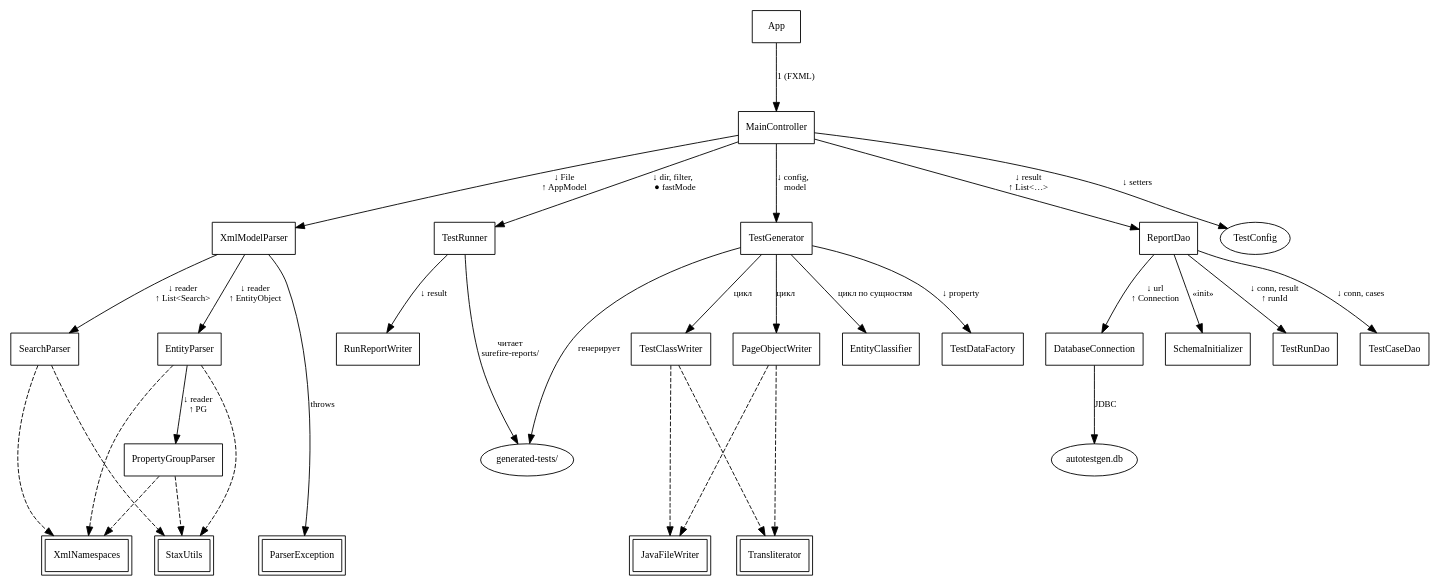
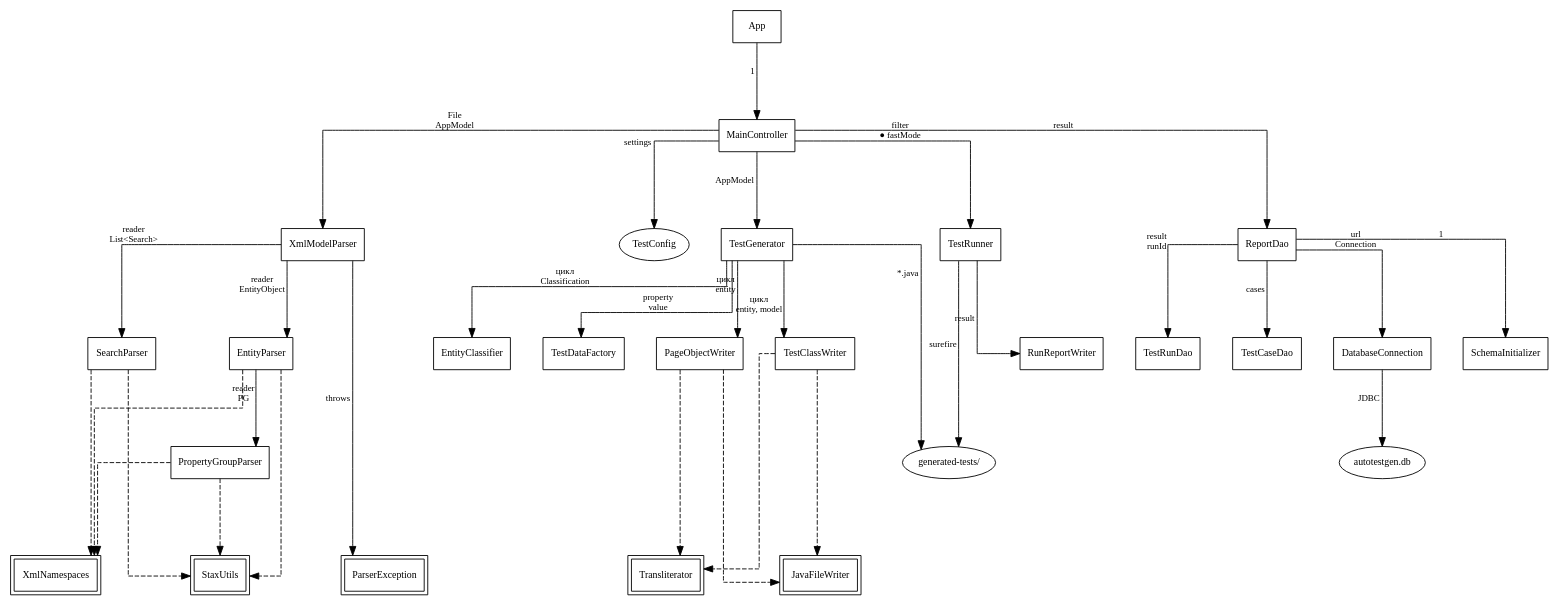
One commit to nastolbov/AutoTestGeneratorUpdate changed the diagram in diagrams/constantine.dot. Above: the diagram before and after it, drawn with Graphviz. The commit also changed 6 other files, not shown here.

First line of the commit message:
details + tables: полное соответствие коду + Константайн ortho

```diff
--- a/diagrams/constantine.dot
+++ b/diagrams/constantine.dot
@@ -1,102 +1,91 @@
 digraph C {
     rankdir=TB; fontname="Liberation Serif"; fontsize=14;
-    ranksep=0.9; nodesep=0.35;
+    splines=ortho;
+    ranksep=1.2; nodesep=0.5;
     node [fontname="Liberation Serif", fontsize=11, fillcolor=white, style=filled];
     edge [color=black, fontname="Liberation Serif", fontsize=10];
 
-    // ===== Уровень 1: точка входа =====
     App [shape=box, label="App"];
-
-    // ===== Уровень 2: контроллер =====
     MainController [shape=box, label="MainController"];
 
-    // ===== Уровень 3: фасады подсистем (4) =====
     XmlModelParser  [shape=box, label="XmlModelParser"];
+    TestConfig      [shape=ellipse, label="TestConfig"];
     TestGenerator   [shape=box, label="TestGenerator"];
     TestRunner      [shape=box, label="TestRunner"];
     ReportDao       [shape=box, label="ReportDao"];
 
-    // TestConfig — это data structure, показываем как область данных
-    TestConfig      [shape=ellipse, label="TestConfig"];
-
-    // ===== Уровень 4: специализированные исполнители (11) =====
     EntityParser        [shape=box, label="EntityParser"];
     SearchParser        [shape=box, label="SearchParser"];
+    PropertyGroupParser [shape=box, label="PropertyGroupParser"];
     PageObjectWriter    [shape=box, label="PageObjectWriter"];
     TestClassWriter     [shape=box, label="TestClassWriter"];
     EntityClassifier    [shape=box, label="EntityClassifier"];
     TestDataFactory     [shape=box, label="TestDataFactory"];
     RunReportWriter     [shape=box, label="RunReportWriter"];
     DatabaseConnection  [shape=box, label="DatabaseConnection"];
     SchemaInitializer   [shape=box, label="SchemaInitializer"];
     TestRunDao          [shape=box, label="TestRunDao"];
     TestCaseDao         [shape=box, label="TestCaseDao"];
 
-    // ===== Уровень 5: глубинные =====
-    PropertyGroupParser [shape=box, label="PropertyGroupParser"];
-
-    // ===== Уровень 6: библиотеки =====
     StaxUtils       [shape=box, peripheries=2, label="StaxUtils"];
     XmlNamespaces   [shape=box, peripheries=2, label="XmlNamespaces"];
     JavaFileWriter  [shape=box, peripheries=2, label="JavaFileWriter"];
     Transliterator  [shape=box, peripheries=2, label="Transliterator"];
     ParserException [shape=box, peripheries=2, label="ParserException"];
 
-    // ===== Уровень 7: внешние артефакты =====
     SQLite   [shape=ellipse, label="autotestgen.db"];
     GenFiles [shape=ellipse, label="generated-tests/"];
 
-    // ===== Связи (фактические по коду) =====
-    App -> MainController [label=" 1 (FXML)"];
+    // Связи с короткими подписями
+    App -> MainController [xlabel=" 1 "];
 
-    MainController -> XmlModelParser [label="↓ File\n↑ AppModel"];
-    MainController -> TestConfig     [label="↓ setters"];
-    MainController -> TestGenerator  [label="↓ config,\n   model"];
-    MainController -> TestRunner     [label="↓ dir, filter,\n   ● fastMode"];
-    MainController -> ReportDao      [label="↓ result\n↑ List<…>"];
+    MainController -> XmlModelParser  [xlabel=" File\nAppModel "];
+    MainController -> TestConfig      [xlabel=" settings "];
+    MainController -> TestGenerator   [xlabel=" AppModel "];
+    MainController -> TestRunner      [xlabel=" filter\n● fastMode "];
+    MainController -> ReportDao       [xlabel=" result "];
 
-    XmlModelParser -> EntityParser [label="↓ reader\n↑ EntityObject"];
-    XmlModelParser -> SearchParser [label="↓ reader\n↑ List<Search>"];
-    EntityParser   -> PropertyGroupParser [label="↓ reader\n↑ PG"];
+    XmlModelParser -> EntityParser [xlabel=" reader\nEntityObject "];
+    XmlModelParser -> SearchParser [xlabel=" reader\nList<Search> "];
+    EntityParser   -> PropertyGroupParser [xlabel=" reader\nPG "];
 
-    TestGenerator -> EntityClassifier [label="цикл по сущностям"];
-    TestGenerator -> PageObjectWriter [label="цикл"];
-    TestGenerator -> TestClassWriter  [label="цикл"];
-    TestGenerator -> TestDataFactory  [label="↓ property"];
+    TestGenerator -> EntityClassifier [xlabel=" цикл\nClassification "];
+    TestGenerator -> PageObjectWriter [xlabel=" цикл\nentity "];
+    TestGenerator -> TestClassWriter  [xlabel=" цикл\nentity, model "];
+    TestGenerator -> TestDataFactory  [xlabel=" property\nvalue "];
 
-    // ФИКС: RunReportWriter вызывается из TestRunner, не из MainController
-    TestRunner -> RunReportWriter [label="↓ result"];
+    TestRunner -> RunReportWriter [xlabel=" result "];
 
-    ReportDao -> DatabaseConnection [label="↓ url\n↑ Connection"];
-    ReportDao -> SchemaInitializer  [label="«init»"];
-    ReportDao -> TestRunDao  [label="↓ conn, result\n↑ runId"];
-    ReportDao -> TestCaseDao [label="↓ conn, cases"];
+    ReportDao -> DatabaseConnection [xlabel=" url\nConnection "];
+    ReportDao -> SchemaInitializer  [xlabel=" 1 "];
+    ReportDao -> TestRunDao  [xlabel=" result\nrunId "];
+    ReportDao -> TestCaseDao [xlabel=" cases "];
 
     EntityParser        -> StaxUtils     [style=dashed];
     PropertyGroupParser -> StaxUtils     [style=dashed];
     SearchParser        -> StaxUtils     [style=dashed];
     EntityParser        -> XmlNamespaces [style=dashed];
     PropertyGroupParser -> XmlNamespaces [style=dashed];
     SearchParser        -> XmlNamespaces [style=dashed];
     PageObjectWriter    -> JavaFileWriter [style=dashed];
     TestClassWriter     -> JavaFileWriter [style=dashed];
     PageObjectWriter    -> Transliterator [style=dashed];
     TestClassWriter     -> Transliterator [style=dashed];
 
-    XmlModelParser -> ParserException [label="throws"];
+    XmlModelParser -> ParserException [xlabel=" throws "];
 
-    TestGenerator      -> GenFiles [label="генерирует"];
-    TestRunner         -> GenFiles [label="читает\nsurefire-reports/"];
-    DatabaseConnection -> SQLite   [label="JDBC"];
+    TestGenerator      -> GenFiles [xlabel=" *.java "];
+    TestRunner         -> GenFiles [xlabel=" surefire "];
+    DatabaseConnection -> SQLite   [xlabel=" JDBC "];
 
-    // ===== Уровни =====
+    // Уровни
     { rank=same; App; }
     { rank=same; MainController; }
     { rank=same; XmlModelParser; TestConfig; TestGenerator; TestRunner; ReportDao; }
     { rank=same; EntityParser; SearchParser; PageObjectWriter; TestClassWriter;
                  EntityClassifier; TestDataFactory; RunReportWriter;
                  DatabaseConnection; SchemaInitializer; TestRunDao; TestCaseDao; }
     { rank=same; PropertyGroupParser; }
     { rank=same; StaxUtils; XmlNamespaces; JavaFileWriter; Transliterator; ParserException; }
     { rank=same; SQLite; GenFiles; }
 }
```
